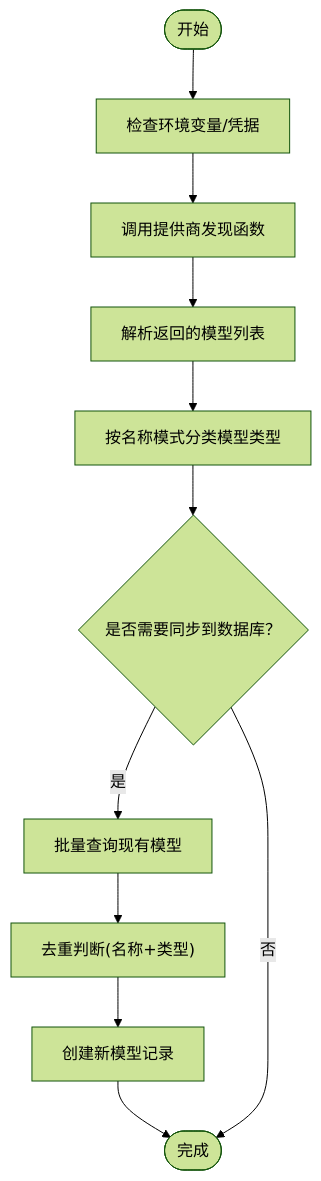
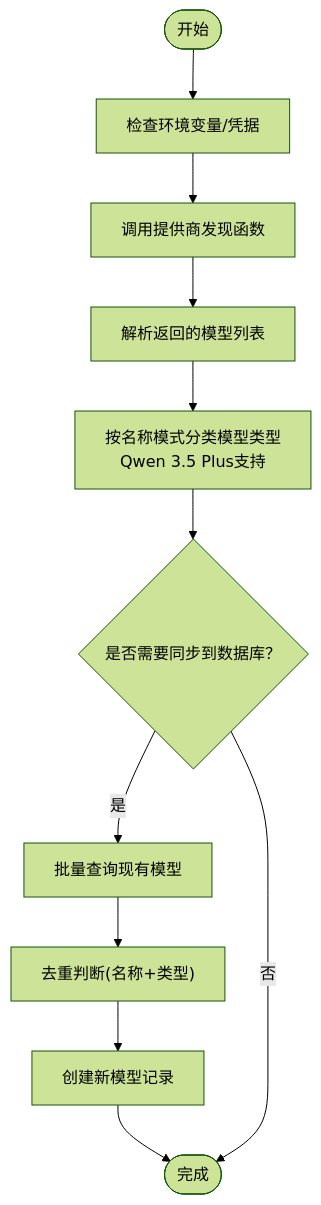
One commit to jackeyunjie/open-notebook changed the third of 7 diagrams in .qoder/repowiki/zh/content/后端架构/AI服务集成/模型发现与选择.md. Above: the diagram before and after it, drawn with Mermaid (forest theme). The commit also changed other lines of this file and 51 other files, not shown here.

````diff
--- a/.qoder/repowiki/zh/content/后端架构/AI服务集成/模型发现与选择.md
+++ b/.qoder/repowiki/zh/content/后端架构/AI服务集成/模型发现与选择.md
@@ -182,13 +197,13 @@
 ```mermaid
 flowchart TD
 Start(["开始"]) --> CheckEnv["检查环境变量/凭据"]
 CheckEnv --> CallDiscover["调用提供商发现函数"]
 CallDiscover --> ParseResp["解析返回的模型列表"]
-ParseResp --> Classify["按名称模式分类模型类型"]
+ParseResp --> Classify["按名称模式分类模型类型<br/>Qwen 3.5 Plus支持"]
 Classify --> SyncDB{"是否需要同步到数据库？"}
 SyncDB --> |是| BatchFetch["批量查询现有模型"]
 BatchFetch --> Dedup["去重判断(名称+类型)"]
 Dedup --> CreateNew["创建新模型记录"]
 CreateNew --> Done(["完成"])
 SyncDB --> |否| Done
 ```
````
